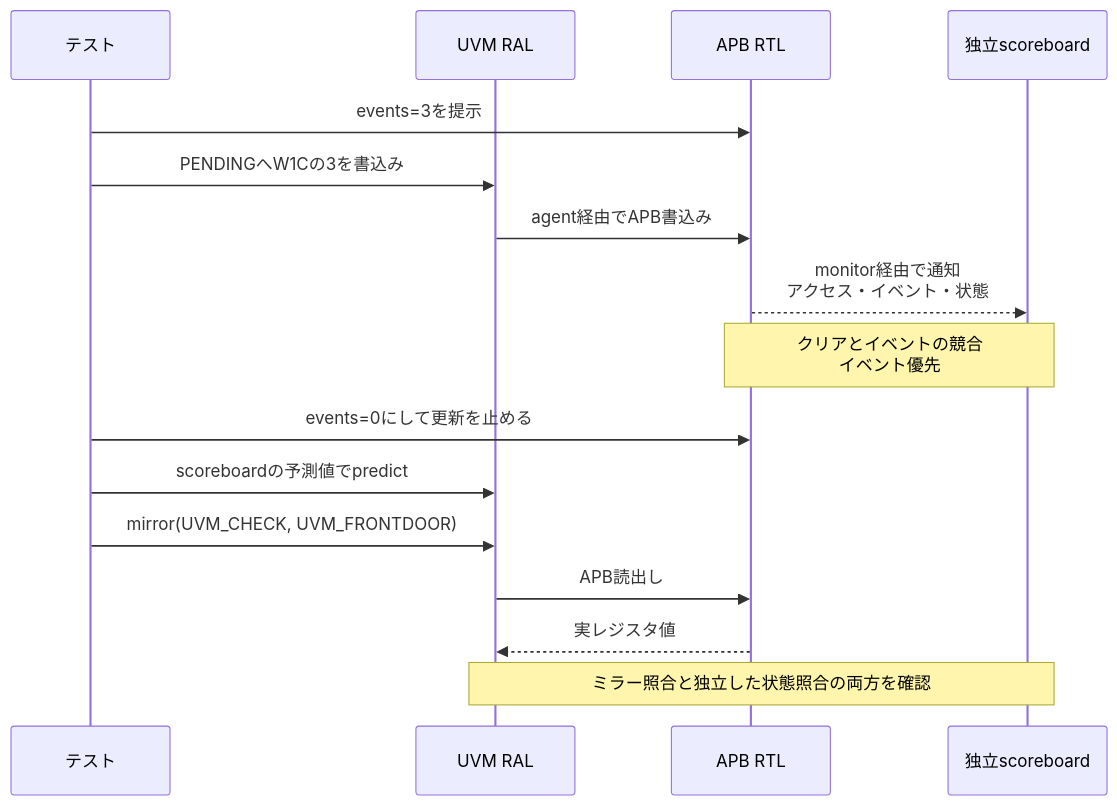
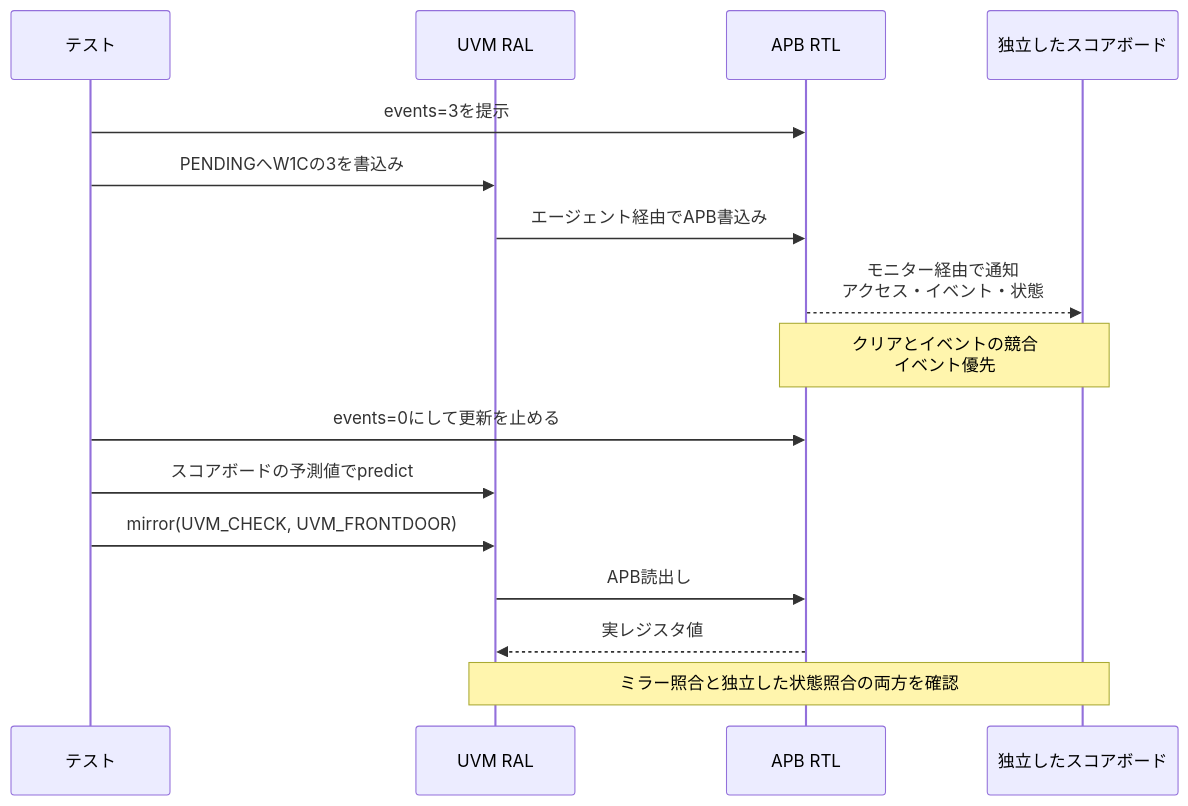
Before and after one commit to kurochan001/lsi-verification-method: the second of 2 diagrams in examples/local-generated-ral/README.md, drawn with Mermaid. The commit also changed other lines of this file and 91 other files, not shown here.

````diff
--- a/examples/local-generated-ral/README.md
+++ b/examples/local-generated-ral/README.md
@@ -33,20 +33,20 @@
 ```mermaid
 sequenceDiagram
-  accTitle: ハードウェアイベント後のRAL予測と実読出し
+  accTitle: ハードウェアイベント後のRAL予測とバス経由の読出し
   accDescr: W1Cとイベントを重ね、独立モデルからミラー値を予測した後にfrontdoorで読み戻す。
   participant T as テスト
   participant R as UVM RAL
   participant D as APB RTL
-  participant S as 独立scoreboard
+  participant S as 独立したスコアボード
   T->>D: events=3を提示
   T->>R: PENDINGへW1Cの3を書込み
-  R->>D: agent経由でAPB書込み
-  D-->>S: monitor経由で通知<br/>アクセス・イベント・状態
+  R->>D: エージェント経由でAPB書込み
+  D-->>S: モニター経由で通知<br/>アクセス・イベント・状態
   Note over D,S: クリアとイベントの競合<br/>イベント優先
   T->>D: events=0にして更新を止める
-  T->>R: scoreboardの予測値でpredict
+  T->>R: スコアボードの予測値でpredict
   T->>R: mirror(UVM_CHECK, UVM_FRONTDOOR)
   R->>D: APB読出し
   D-->>R: 実レジスタ値
   Note over R,S: ミラー照合と独立した状態照合の両方を確認
 ```
````
